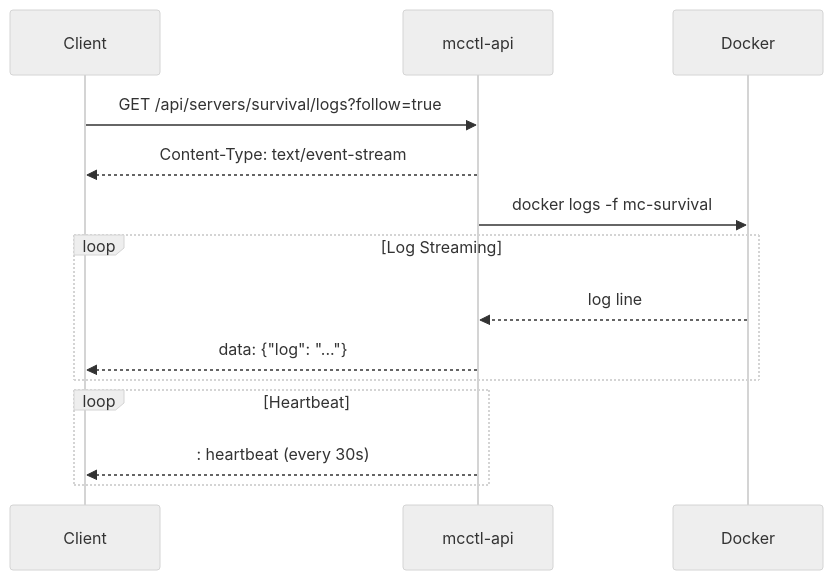
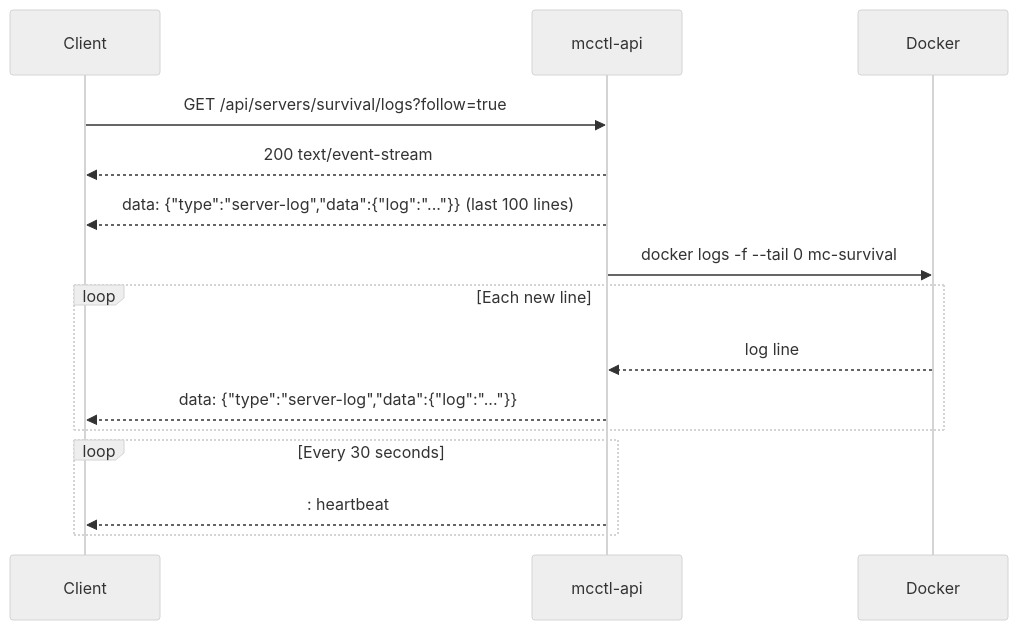
The fifth of 5 diagrams in docs/api/index.md (smallmiro/minecraft-server-manager), drawn with Mermaid (neutral theme) before and after one commit. The commit also changed other lines of this file and 9 other files, not shown here.

````diff
--- a/docs/api/index.md
+++ b/docs/api/index.md
@@ -144,17 +93,18 @@
 ```mermaid
 sequenceDiagram
     participant C as Client
     participant A as mcctl-api
     participant D as Docker
 
     C->>A: GET /api/servers/survival/logs?follow=true
-    A-->>C: Content-Type: text/event-stream
-    A->>D: docker logs -f mc-survival
-    loop Log Streaming
+    A-->>C: 200 text/event-stream
+    A-->>C: data: {"type":"server-log","data":{"log":"..."}} (last 100 lines)
+    A->>D: docker logs -f --tail 0 mc-survival
+    loop Each new line
         D-->>A: log line
-        A-->>C: data: {"log": "..."}
+        A-->>C: data: {"type":"server-log","data":{"log":"..."}}
     end
-    loop Heartbeat
-        A-->>C: : heartbeat (every 30s)
+    loop Every 30 seconds
+        A-->>C: : heartbeat
     end
 ```
````
